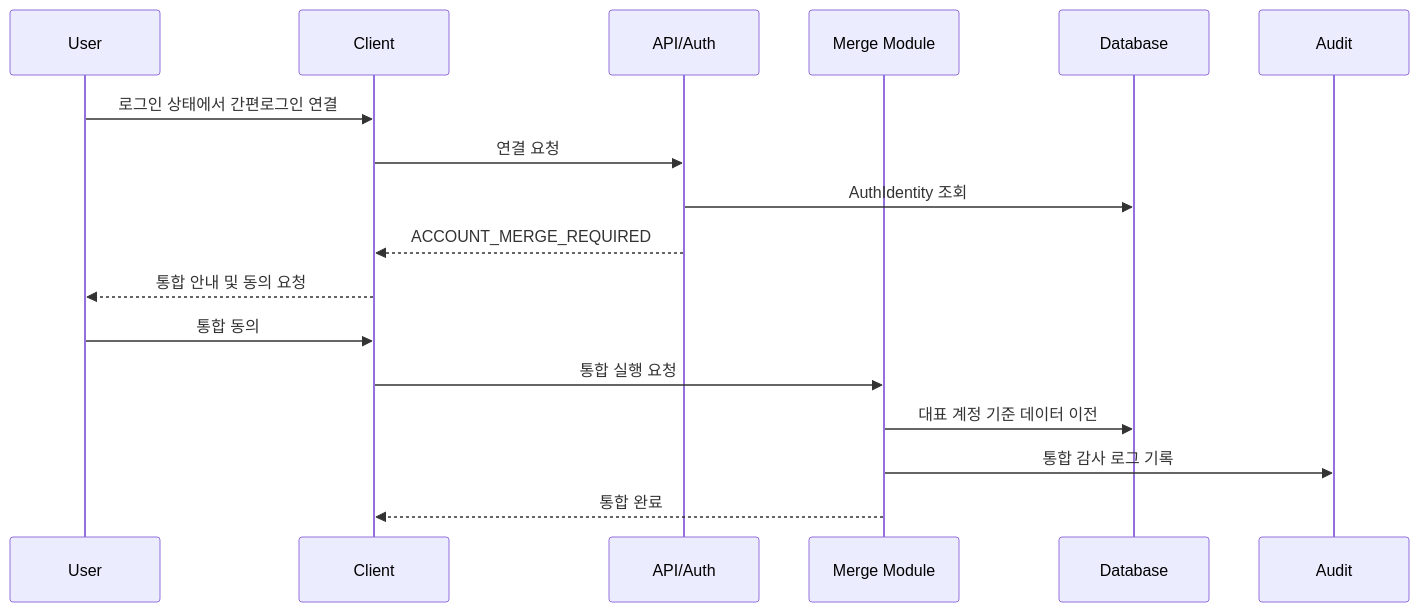
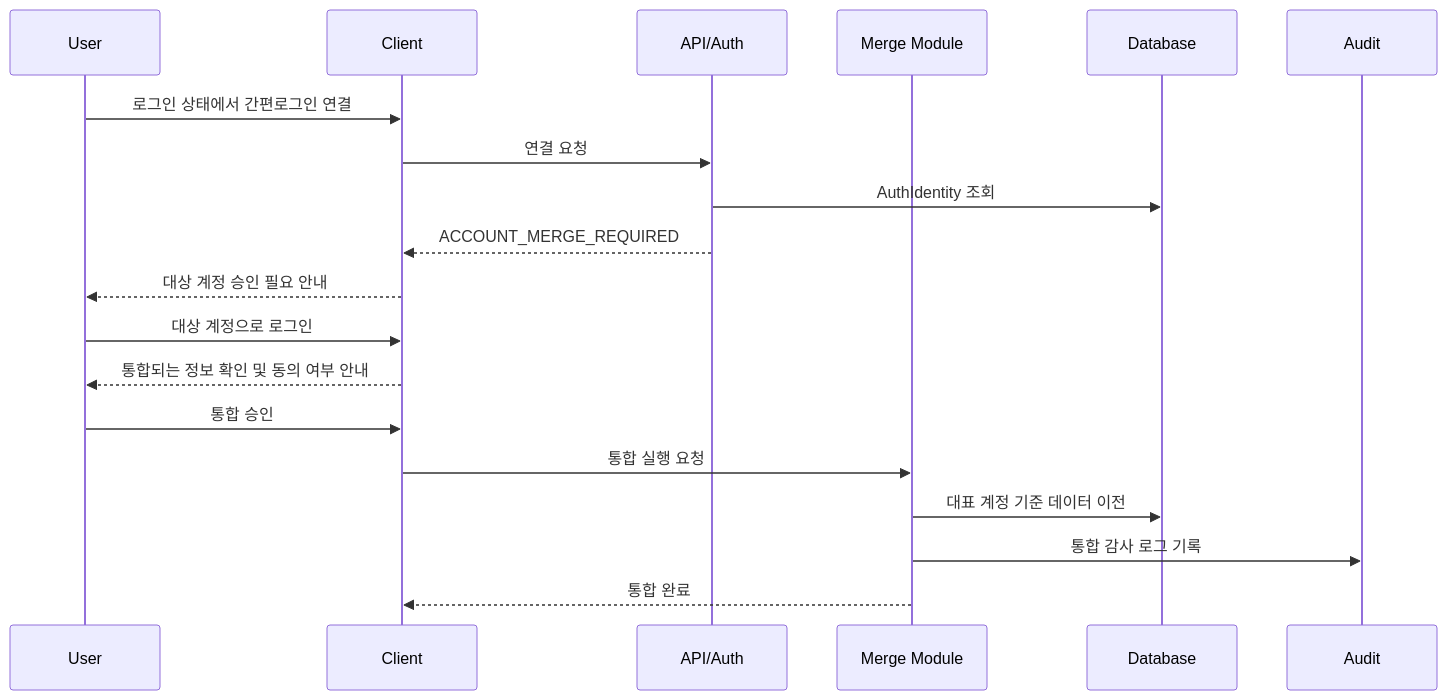
Before and after one commit to jkoogit/PDFowers: the third of 4 diagrams in docs/00_산출물/01_프로젝트산출물/03_아키텍처문서.md, drawn with Mermaid. The commit also changed other lines of this file and 11 other files, not shown here.

````diff
--- a/docs/00_산출물/01_프로젝트산출물/03_아키텍처문서.md
+++ b/docs/00_산출물/01_프로젝트산출물/03_아키텍처문서.md
@@ -102,20 +111,22 @@
 ```mermaid
 sequenceDiagram
     participant U as User
     participant C as Client
     participant A as API/Auth
     participant M as Merge Module
     participant D as Database
     participant G as Audit
 
     U->>C: 로그인 상태에서 간편로그인 연결
     C->>A: 연결 요청
     A->>D: AuthIdentity 조회
     A-->>C: ACCOUNT_MERGE_REQUIRED
-    C-->>U: 통합 안내 및 동의 요청
-    U->>C: 통합 동의
+    C-->>U: 대상 계정 승인 필요 안내
+    U->>C: 대상 계정으로 로그인
+    C-->>U: 통합되는 정보 확인 및 동의 여부 안내
+    U->>C: 통합 승인
     C->>M: 통합 실행 요청
     M->>D: 대표 계정 기준 데이터 이전
     M->>G: 통합 감사 로그 기록
     M-->>C: 통합 완료
 ```
````
